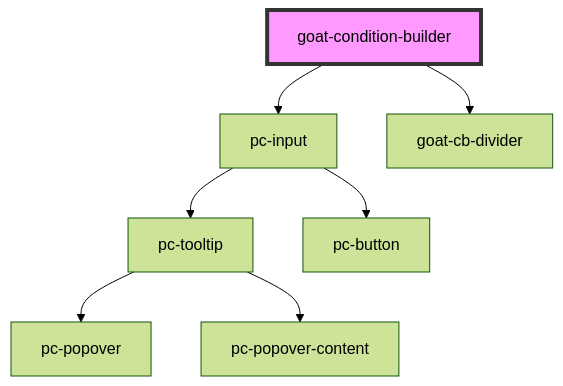
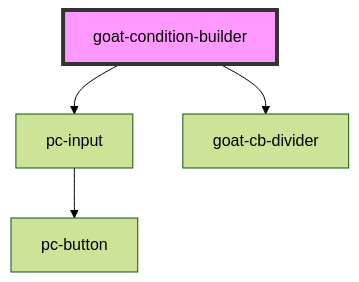
The diagram in src/components/application/condition-builder/condition-builder/readme.md (redvars/peacock), drawn with Mermaid (forest theme) before and after one commit. The commit also changed 38 other files, not shown here.

````diff
--- a/src/components/application/condition-builder/condition-builder/readme.md
+++ b/src/components/application/condition-builder/condition-builder/readme.md
@@ -23,10 +23,7 @@
 ```mermaid
 graph TD;
   goat-condition-builder --> pc-input
   goat-condition-builder --> goat-cb-divider
-  pc-input --> pc-tooltip
   pc-input --> pc-button
-  pc-tooltip --> pc-popover
-  pc-tooltip --> pc-popover-content
   style goat-condition-builder fill:#f9f,stroke:#333,stroke-width:4px
 ```
````
